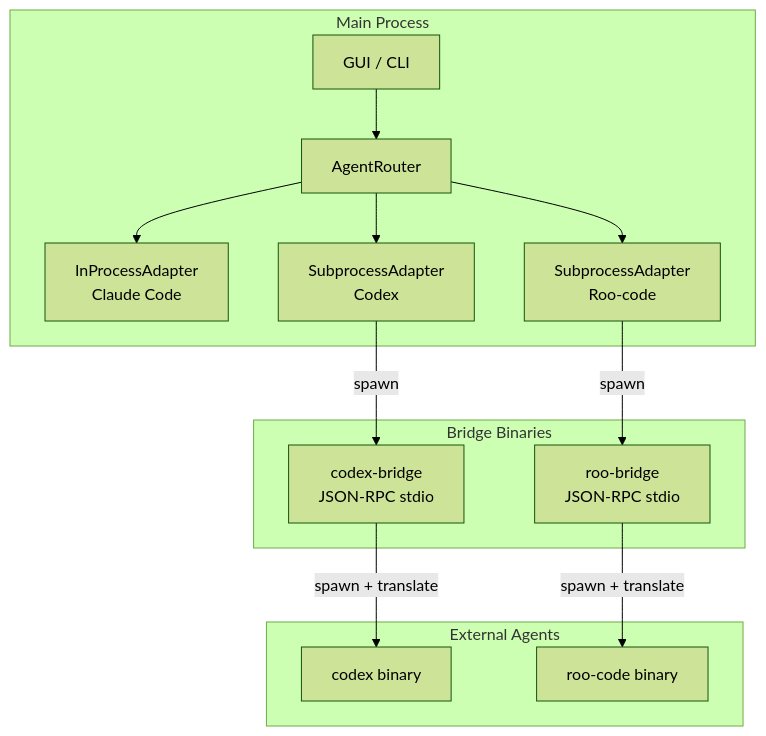
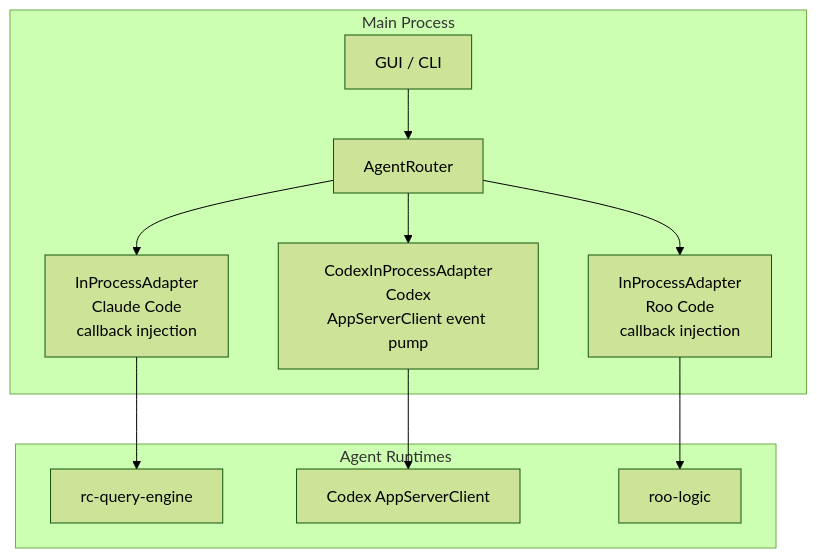
Before and after one commit to yanzhi0922/remote-code-rust: the second of 3 diagrams in ARCHITECTURE.md, drawn with Mermaid (forest theme). The commit also changed other lines of this file and 3 other files, not shown here.

````diff
--- a/ARCHITECTURE.md
+++ b/ARCHITECTURE.md
@@ -450,31 +449,25 @@
 ```mermaid
 graph TB
     subgraph Main Process
         GUI[GUI / CLI]
         ROUTER[AgentRouter]
-        IPA[InProcessAdapter<br/>Claude Code]
-        SA_CX[SubprocessAdapter<br/>Codex]
-        SA_ROO[SubprocessAdapter<br/>Roo-code]
+        IPA[InProcessAdapter<br/>Claude Code<br/>callback injection]
+        CXA[CodexInProcessAdapter<br/>Codex<br/>AppServerClient event pump]
+        ROA[InProcessAdapter<br/>Roo Code<br/>callback injection]
     end
 
-    subgraph Bridge Binaries
-        CX_BRIDGE[codex-bridge<br/>JSON-RPC stdio]
-        ROO_BRIDGE[roo-bridge<br/>JSON-RPC stdio]
-    end
-
-    subgraph External Agents
-        CX_BIN[codex binary]
-        ROO_BIN[roo-code binary]
+    subgraph Agent Runtimes
+        RC_RT[rc-query-engine]
+        CX_RT[Codex AppServerClient]
+        RO_RT[roo-logic]
     end
 
     GUI --> ROUTER
     ROUTER --> IPA
-    ROUTER --> SA_CX
-    ROUTER --> SA_ROO
+    ROUTER --> CXA
+    ROUTER --> ROA
 
-    SA_CX -->|spawn| CX_BRIDGE
-    SA_ROO -->|spawn| ROO_BRIDGE
-
-    CX_BRIDGE -->|spawn + translate| CX_BIN
-    ROO_BRIDGE -->|spawn + translate| ROO_BIN
+    IPA --> RC_RT
+    CXA --> CX_RT
+    ROA --> RO_RT
 ```
````
